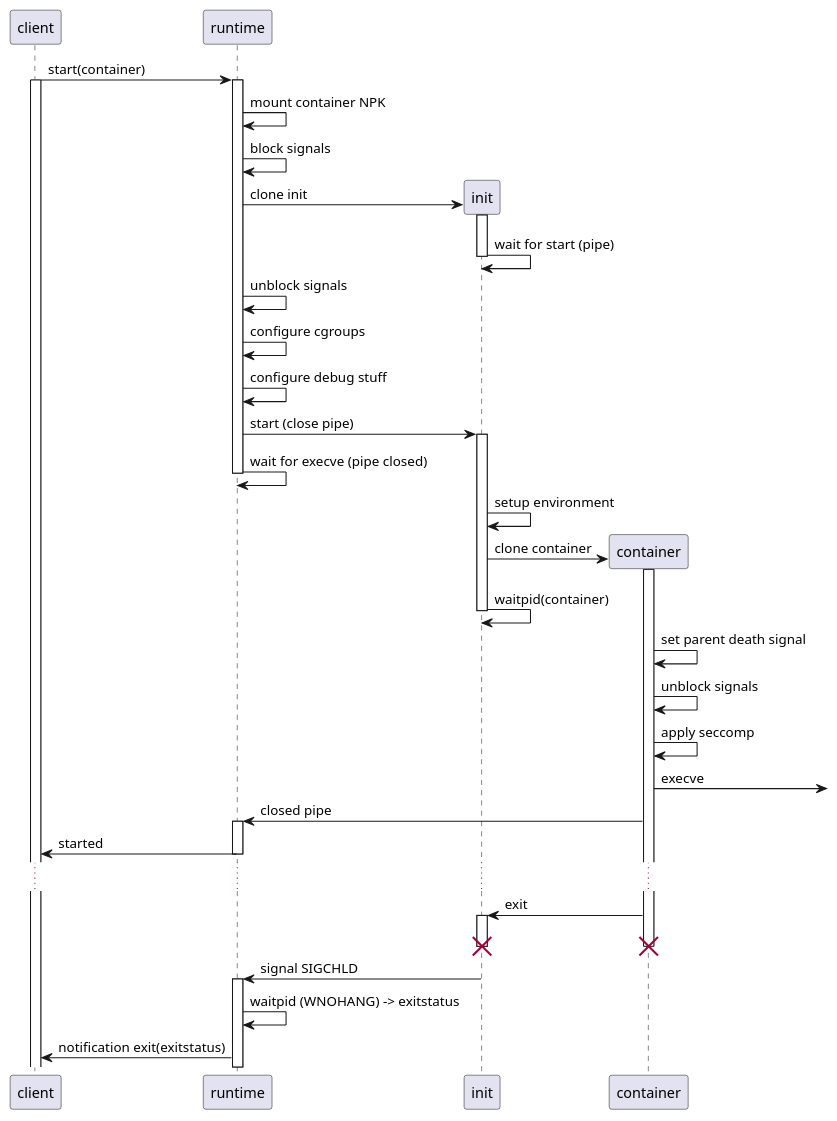
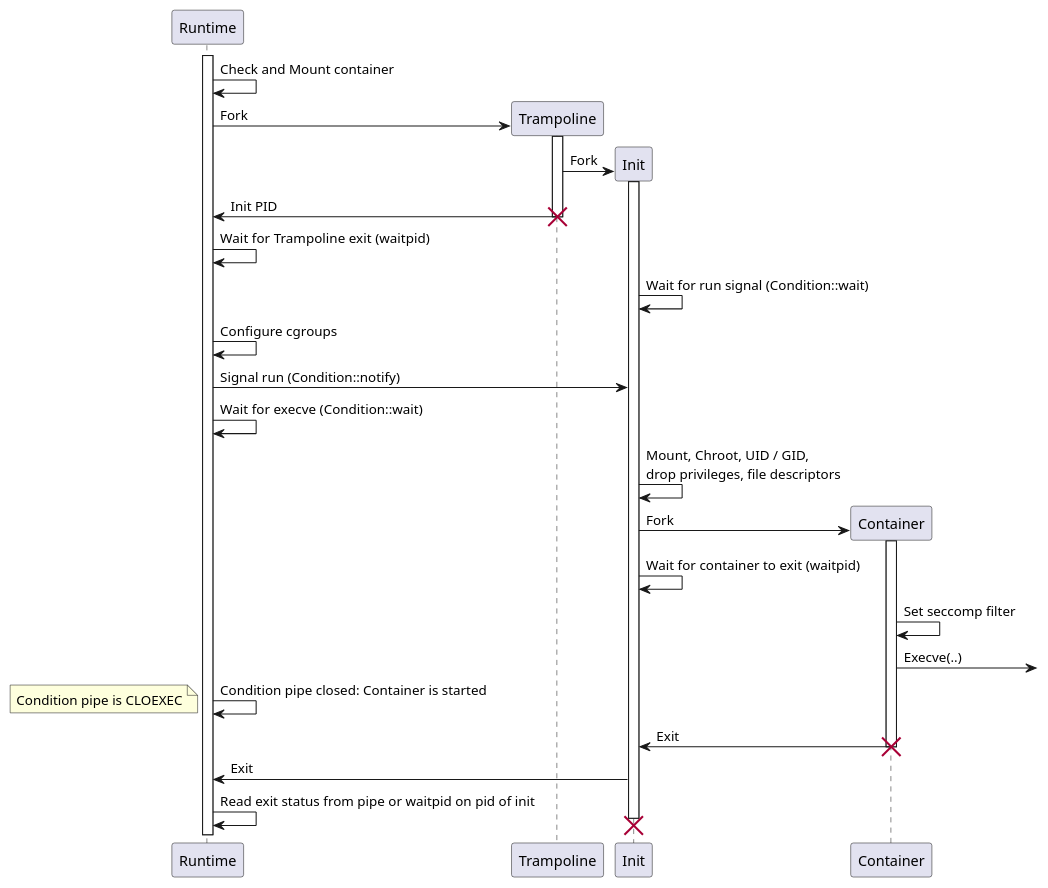
The diagram in images/container-startup.puml (esrlabs/northstar), drawn with PlantUML before and after one commit. The commit also changed 1 other file, not shown here.

Commit message:
Update sequence images

```diff
--- a/images/container-startup.puml
+++ b/images/container-startup.puml
@@ -1,50 +1,33 @@
 @startuml container_startup
 
-client -> runtime: start(container)
-activate client 
-activate runtime
-runtime -> runtime: mount container NPK
-runtime -> runtime: block signals
-
-create init
-runtime -> init: clone init
-activate init
-init -> init: wait for start (pipe)
-deactivate init
-
-runtime -> runtime: unblock signals
-runtime -> runtime: configure cgroups
-runtime -> runtime: configure debug stuff
-runtime -> init: start (close pipe)
-
-activate init
-runtime -> runtime: wait for execve (pipe closed)
-deactivate runtime
-init -> init: setup environment
-create container
-init -> container: clone container
-activate container
-init -> init: waitpid(container)
-deactivate init
-
-container -> container: set parent death signal
-container -> container: unblock signals
-container -> container: apply seccomp
-container -> : execve
-container -> runtime: closed pipe
-activate runtime
-runtime -> client: started
-deactivate runtime
-
-...
-
-container -> init: exit
-activate init
-destroy container
-destroy init
-init -> runtime: signal SIGCHLD
-activate runtime
-runtime -> runtime: waitpid (WNOHANG) -> exitstatus
-runtime -> client: notification exit(exitstatus)
+activate Runtime
+Runtime -> Runtime: Check and Mount container
+create Trampoline
+Runtime -> Trampoline: Fork
+activate Trampoline
+create Init
+Trampoline -> Init: Fork
+activate Init
+Trampoline -> Runtime: Init PID
+destroy Trampoline
+Runtime -> Runtime: Wait for Trampoline exit (waitpid)
+Init -> Init: Wait for run signal (Condition::wait)
+Runtime -> Runtime: Configure cgroups
+Runtime -> Init: Signal run (Condition::notify)
+Runtime -> Runtime: Wait for execve (Condition::wait)
+Init -> Init: Mount, Chroot, UID / GID,\ndrop privileges, file descriptors
+create Container
+Init -> Container: Fork
+activate Container
+Init -> Init: Wait for container to exit (waitpid)
+Container -> Container: Set seccomp filter
+Container -> : Execve(..)
+Runtime -> Runtime: Condition pipe closed: Container is started
+note left: Condition pipe is CLOEXEC
+Container -> Init: Exit
+destroy Container
+Init -> Runtime: Exit
+Runtime -> Runtime: Read exit status from pipe or waitpid on pid of init
+destroy Init
 
 @enduml
```
